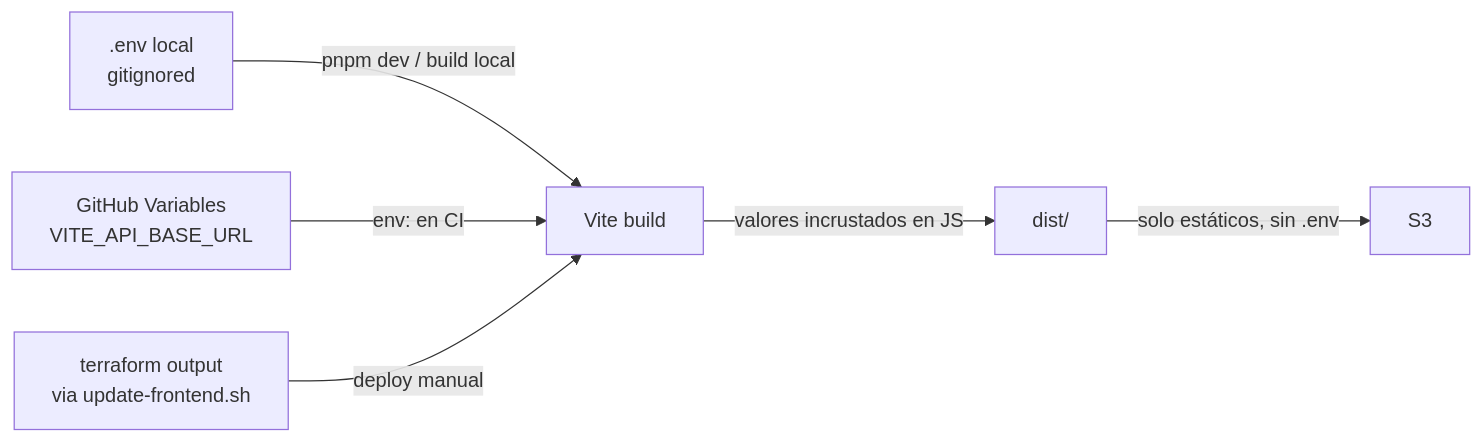
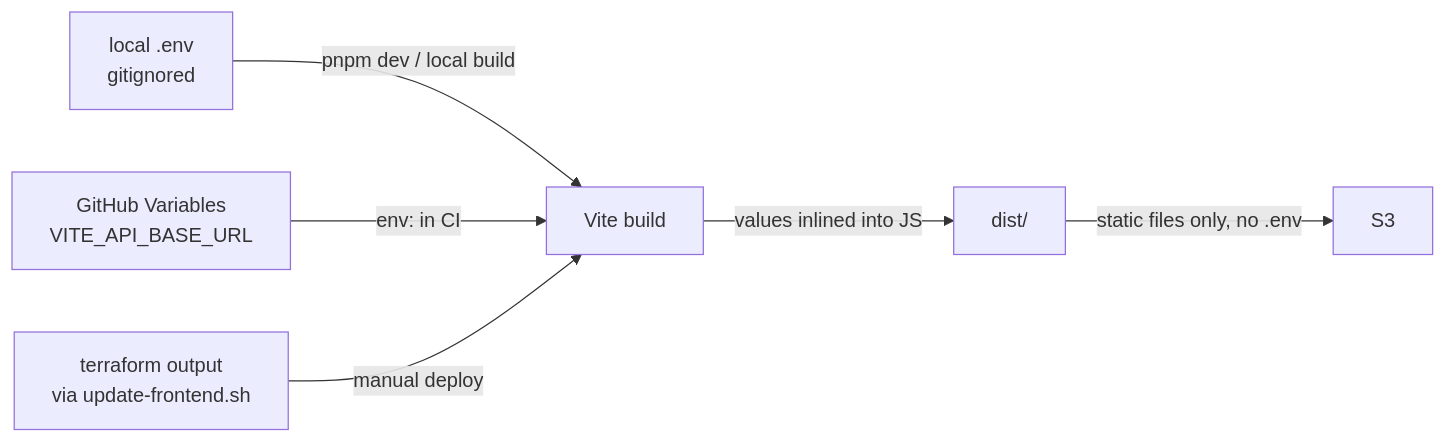
Before and after one commit to tulio3101/DeliverAI: the first of 4 diagrams in ui-design/README.md, drawn with Mermaid. The commit also changed other lines of this file and 4 other files, not shown here.

````diff
--- a/ui-design/README.md
+++ b/ui-design/README.md
@@ -98,8 +98,8 @@
 ```mermaid
 flowchart LR
-    ENV[".env local<br/>gitignored"] -->|"pnpm dev / build local"| VITE["Vite build"]
-    GHV["GitHub Variables<br/>VITE_API_BASE_URL"] -->|"env: en CI"| VITE
-    TF["terraform output<br/>via update-frontend.sh"] -->|"deploy manual"| VITE
-    VITE -->|"valores incrustados en JS"| DIST["dist/"]
-    DIST -->|"solo estáticos, sin .env"| S3["S3"]
+    ENV["local .env<br/>gitignored"] -->|"pnpm dev / local build"| VITE["Vite build"]
+    GHV["GitHub Variables<br/>VITE_API_BASE_URL"] -->|"env: in CI"| VITE
+    TF["terraform output<br/>via update-frontend.sh"] -->|"manual deploy"| VITE
+    VITE -->|"values inlined into JS"| DIST["dist/"]
+    DIST -->|"static files only, no .env"| S3["S3"]
 ```
````
